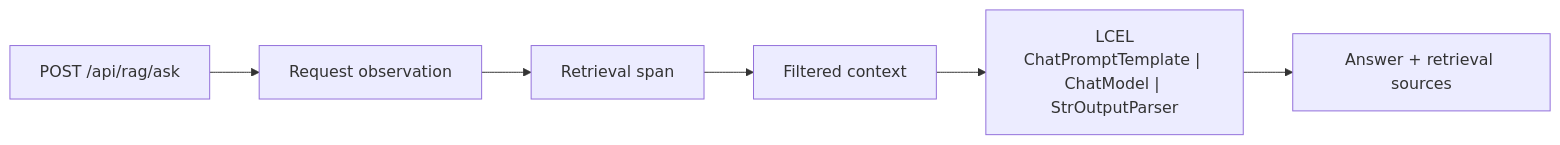
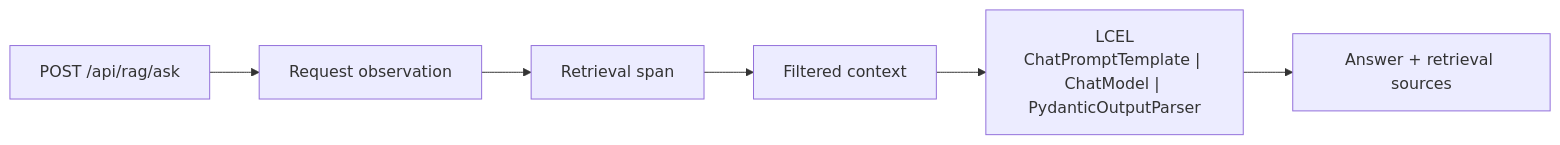
The second of 7 diagrams in docs/architecture.md (tranquoctrieu382006-tech/AI-assistant), drawn with Mermaid before and after one commit. The commit also changed other lines of this file and 9 other files, not shown here.

````diff
--- a/docs/architecture.md
+++ b/docs/architecture.md
@@ -135,8 +135,8 @@
 ```mermaid
 flowchart LR
     REQ["POST /api/rag/ask"] --> ROOT["Request observation"]
     ROOT --> RET["Retrieval span"]
     RET --> CTX["Filtered context"]
-    CTX --> LLM["LCEL\nChatPromptTemplate | ChatModel | StrOutputParser"]
+    CTX --> LLM["LCEL\nChatPromptTemplate | ChatModel | PydanticOutputParser"]
     LLM --> RESP["Answer + retrieval sources"]
 ```
````
